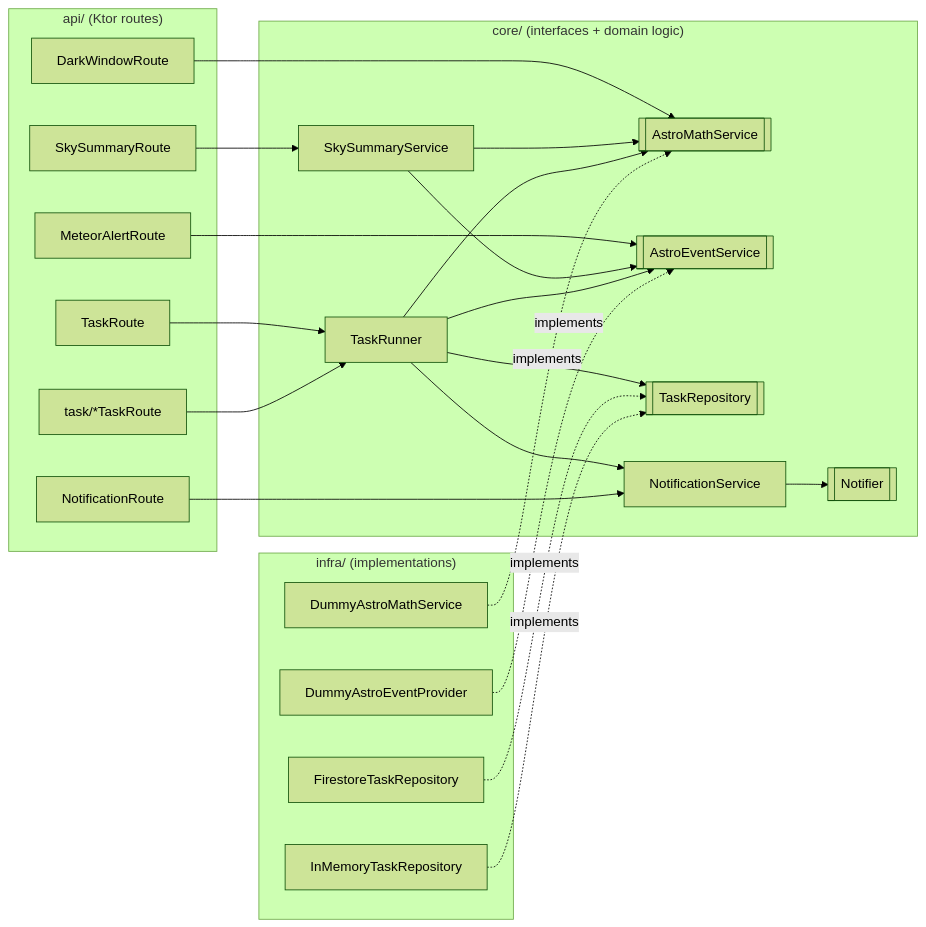
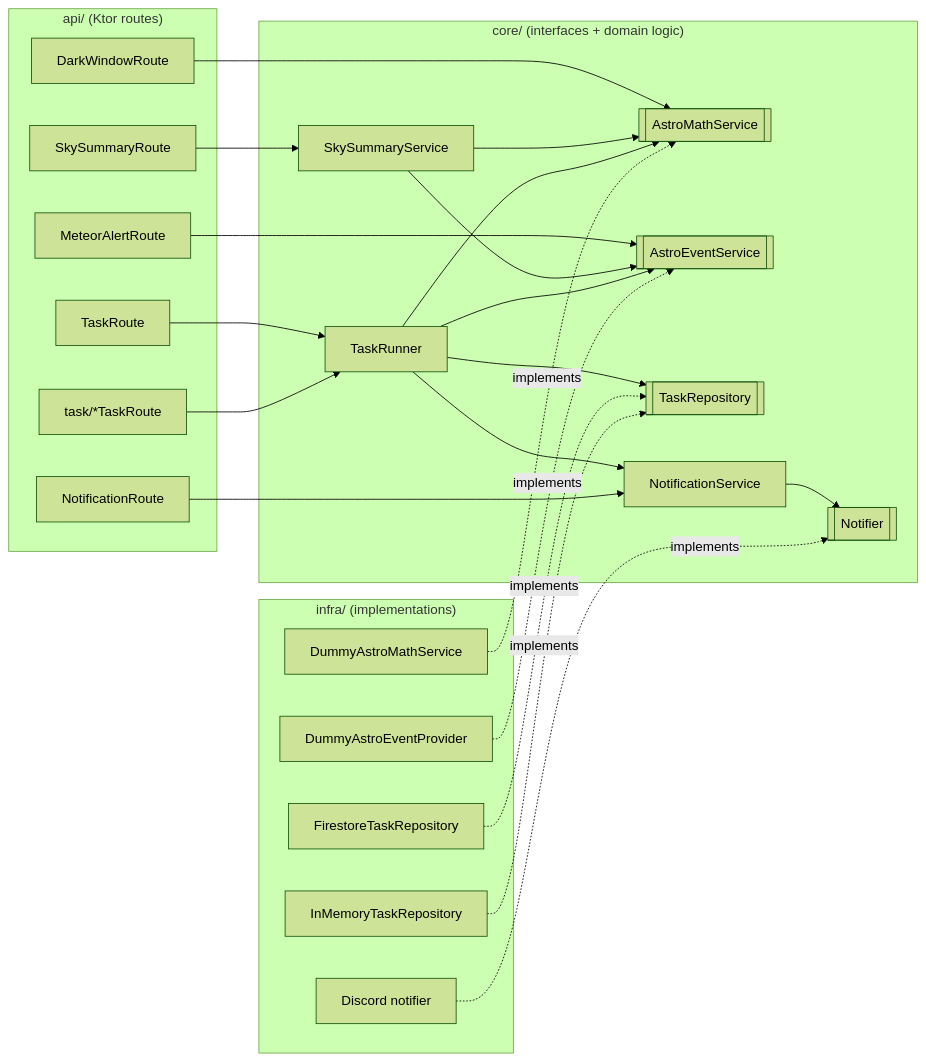
The first of 6 diagrams in docs/ARCHITECTURE.md (iOJ0230/astro-task-runner), drawn with Mermaid (forest theme) before and after one commit. The commit also changed other lines of this file and 9 other files, not shown here.

````diff
--- a/docs/ARCHITECTURE.md
+++ b/docs/ARCHITECTURE.md
@@ -51,47 +53,49 @@
 ```mermaid
 flowchart LR
     subgraph api["api/ (Ktor routes)"]
         R1[DarkWindowRoute]
         R2[MeteorAlertRoute]
         R3[SkySummaryRoute]
         R4[TaskRoute]
         R5["task/*TaskRoute"]
         R7[NotificationRoute]
     end
 
     subgraph core["core/ (interfaces + domain logic)"]
         I1[["AstroMathService"]]
         I2[["AstroEventService"]]
         I3[SkySummaryService]
         I4[TaskRunner]
         I5[["TaskRepository"]]
         I8[NotificationService]
         I9[["Notifier"]]
     end
 
     subgraph infra["infra/ (implementations)"]
         D1[DummyAstroMathService]
         D2[DummyAstroEventProvider]
         D3[FirestoreTaskRepository]
         D4[InMemoryTaskRepository]
+        D6["Discord notifier"]
     end
 
     R1 --> I1
     R2 --> I2
     R3 --> I3
     R4 --> I4
     R5 --> I4
     I3 --> I1
     I3 --> I2
     I4 --> I5
     I4 --> I1
     I4 --> I2
     I4 --> I8
     R7 --> I8
     I8 --> I9
 
     D1 -.implements.-> I1
     D2 -.implements.-> I2
     D3 -.implements.-> I5
     D4 -.implements.-> I5
+    D6 -.implements.-> I9
 ```
````
